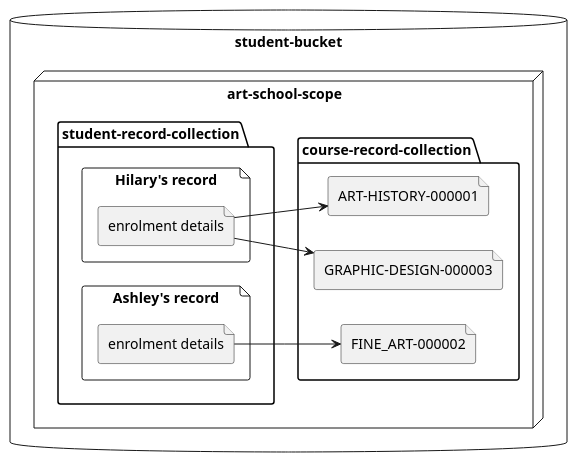
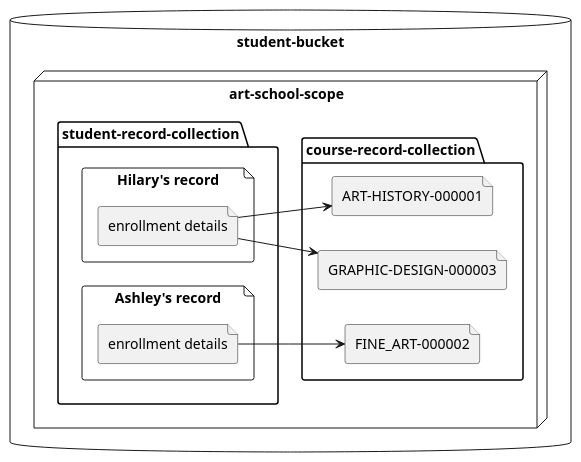
Before and after one commit to couchbase/docs-server: the second of 3 diagrams in modules/tutorials/partials/student-database-diagrams.adoc, drawn with PlantUML. The commit also changed other lines of this file and 8 other files, not shown here.

```diff
--- a/modules/tutorials/partials/student-database-diagrams.adoc
+++ b/modules/tutorials/partials/student-database-diagrams.adoc
@@ -41,39 +41,39 @@
 [plantuml]
 ----
 @startuml
 left to right direction
 
 
     database "student-bucket" {
 
         node "art-school-scope" {
 
                 folder "student-record-collection" {
 
                     file  "Hilary's record" as hilary {
-                        file "enrolment details" as hilary_enrolment
+                        file "enrollment details" as hilary_enrollment
                     }
 
                     file "Ashley's record" as ashley {
-                        file "enrolment details" as ashley_enrolment
+                        file "enrollment details" as ashley_enrollment
 
                     }
 
                 }
 
                 folder "course-record-collection" {
 
                     file "ART-HISTORY-000001" as art_history
                     file "GRAPHIC-DESIGN-000003" as graphic_design
                     file "FINE_ART-000002" as fine_art
                 }
 
-                hilary_enrolment --> art_history
-                hilary_enrolment --> graphic_design
-                ashley_enrolment -->fine_art
+                hilary_enrollment --> art_history
+                hilary_enrollment --> graphic_design
+                ashley_enrollment -->fine_art
         }
 
     }
 
 @enduml
 ----
```
